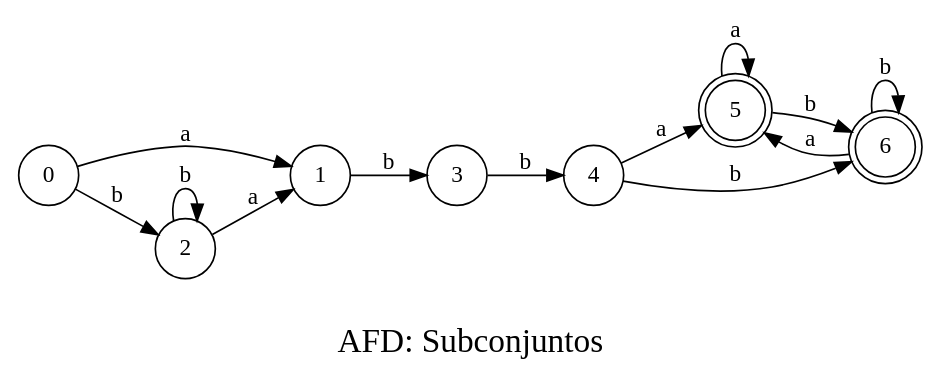
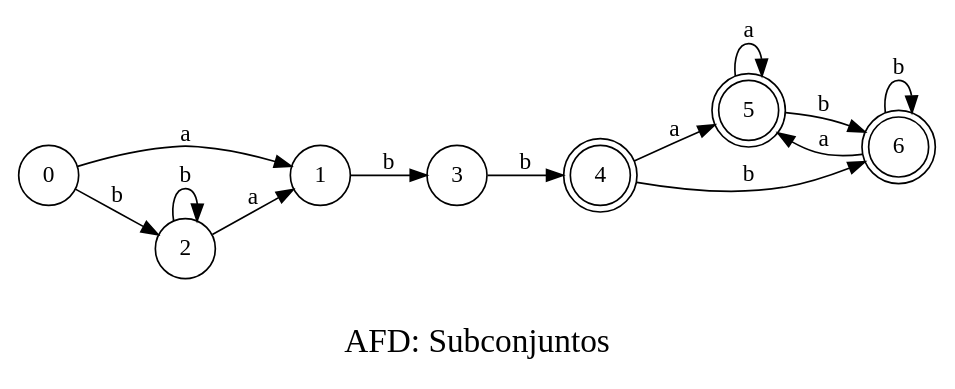
The diagram in Digraph.gv (20Candy/Proyecto1-TeoriaComputacion), drawn with Graphviz before and after one commit. The commit also changed 7 other files, not shown here.

```diff
--- a/Digraph.gv
+++ b/Digraph.gv
@@ -1,51 +1,51 @@
 // AFD
 digraph {
 	rankdir=LR size=15
 	label="
 AFD: Subconjuntos"
 	fontsize=20
 	node [shape=circle]
 	0 [label=0]
 	1 [label=1]
 	2 [label=2]
 	3 [label=3]
-	4 [label=4]
+	4 [label=4 shape=doublecircle]
 	5 [label=5 shape=doublecircle]
 	6 [label=6 shape=doublecircle]
 	0 [label=0]
 	1 [label=1]
 	0 -> 1 [label=a]
 	0 [label=0]
 	2 [label=2]
 	0 -> 2 [label=b]
 	1 [label=1]
 	3 [label=3]
 	1 -> 3 [label=b]
 	2 [label=2]
 	1 [label=1]
 	2 -> 1 [label=a]
 	2 [label=2]
 	2 [label=2]
 	2 -> 2 [label=b]
 	3 [label=3]
 	4 [label=4]
 	3 -> 4 [label=b]
-	4 [label=4]
+	4 [label=4 shape=doublecircle]
 	5 [label=5]
 	4 -> 5 [label=a]
-	4 [label=4]
+	4 [label=4 shape=doublecircle]
 	6 [label=6]
 	4 -> 6 [label=b]
 	5 [label=5 shape=doublecircle]
 	5 [label=5]
 	5 -> 5 [label=a]
 	5 [label=5 shape=doublecircle]
 	6 [label=6]
 	5 -> 6 [label=b]
 	6 [label=6 shape=doublecircle]
 	5 [label=5]
 	6 -> 5 [label=a]
 	6 [label=6 shape=doublecircle]
 	6 [label=6]
 	6 -> 6 [label=b]
 }
```
